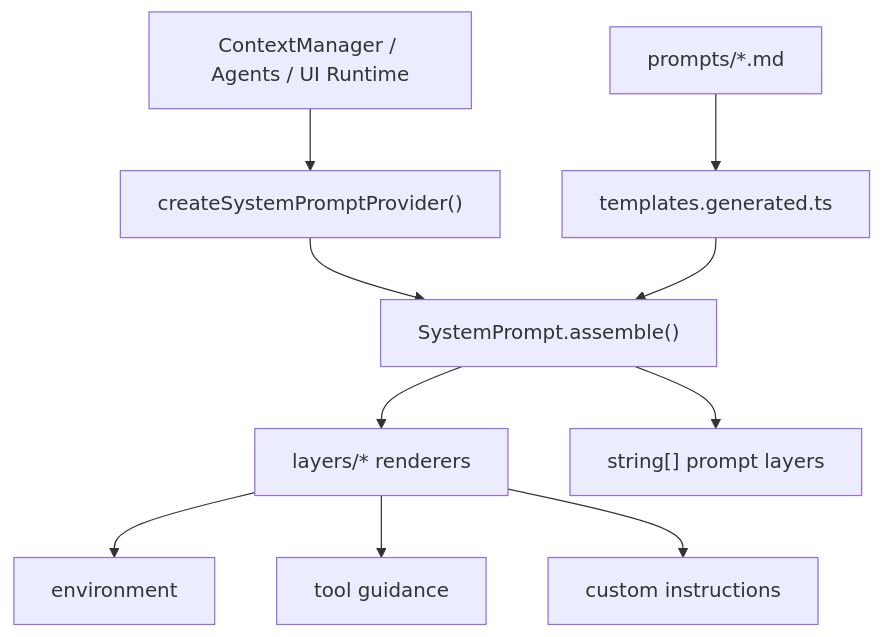
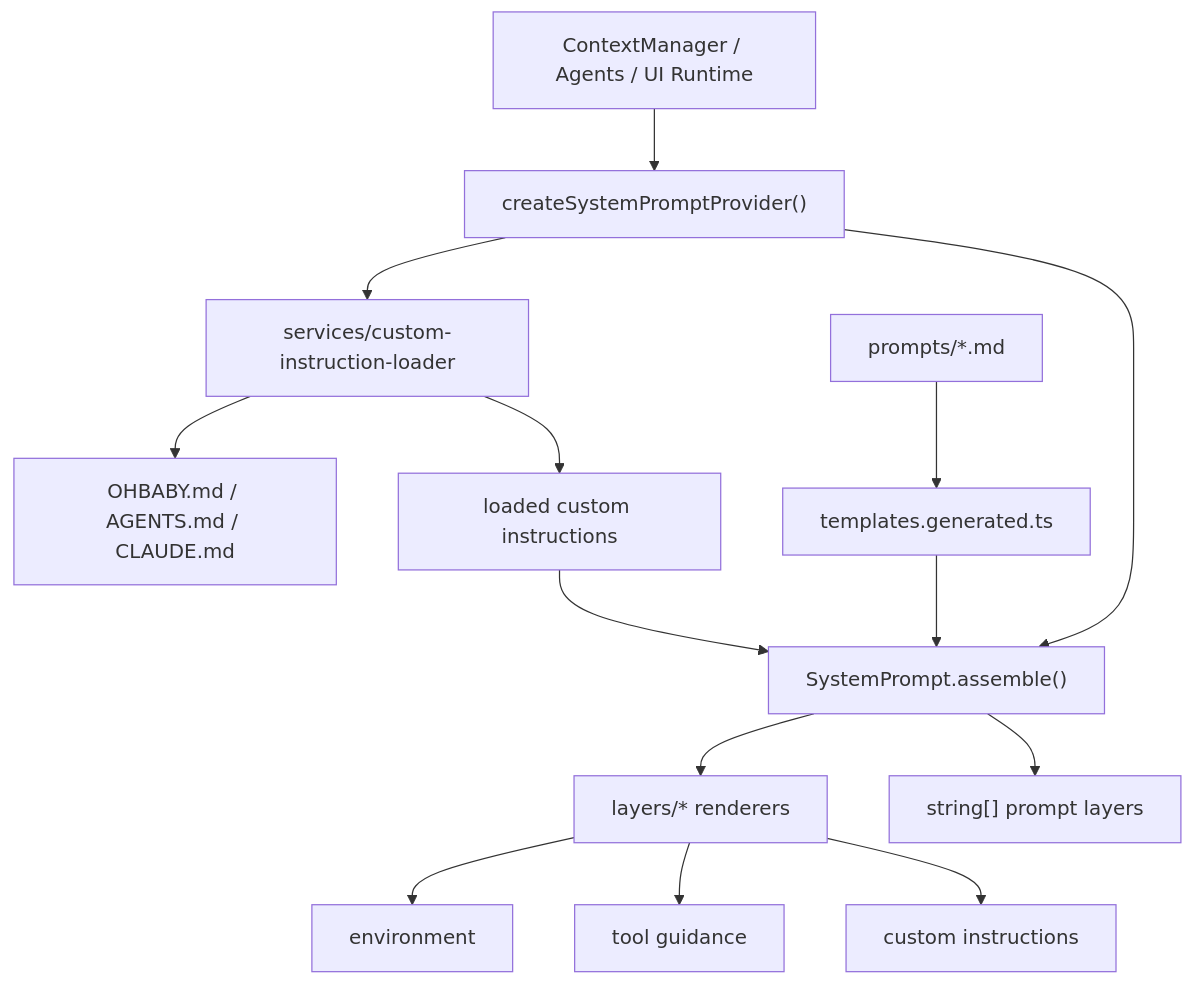
Before and after one commit to diverHansun/ohbaby-agent: the diagram in docs/core/system-prompt/architecture.md, drawn with Mermaid. The commit also changed other lines of this file and 9 other files, not shown here.

Commit message:
refactor(system-prompt): move custom instruction loader

````diff
--- a/docs/core/system-prompt/architecture.md
+++ b/docs/core/system-prompt/architecture.md
@@ -11,12 +11,16 @@
 ```mermaid
 flowchart TD
   caller["ContextManager / Agents / UI Runtime"] --> provider["createSystemPromptProvider()"]
+  provider --> loader["services/custom-instruction-loader"]
+  loader --> files["OHBABY.md / AGENTS.md / CLAUDE.md"]
+  loader --> customData["loaded custom instructions"]
   provider --> assembler["SystemPrompt.assemble()"]
+  customData --> assembler
   prompts["prompts/*.md"] --> generated["templates.generated.ts"]
   generated --> assembler
   assembler --> layers["layers/* renderers"]
   layers --> env["environment"]
   layers --> tools["tool guidance"]
   layers --> custom["custom instructions"]
   assembler --> output["string[] prompt layers"]
 ```
````
